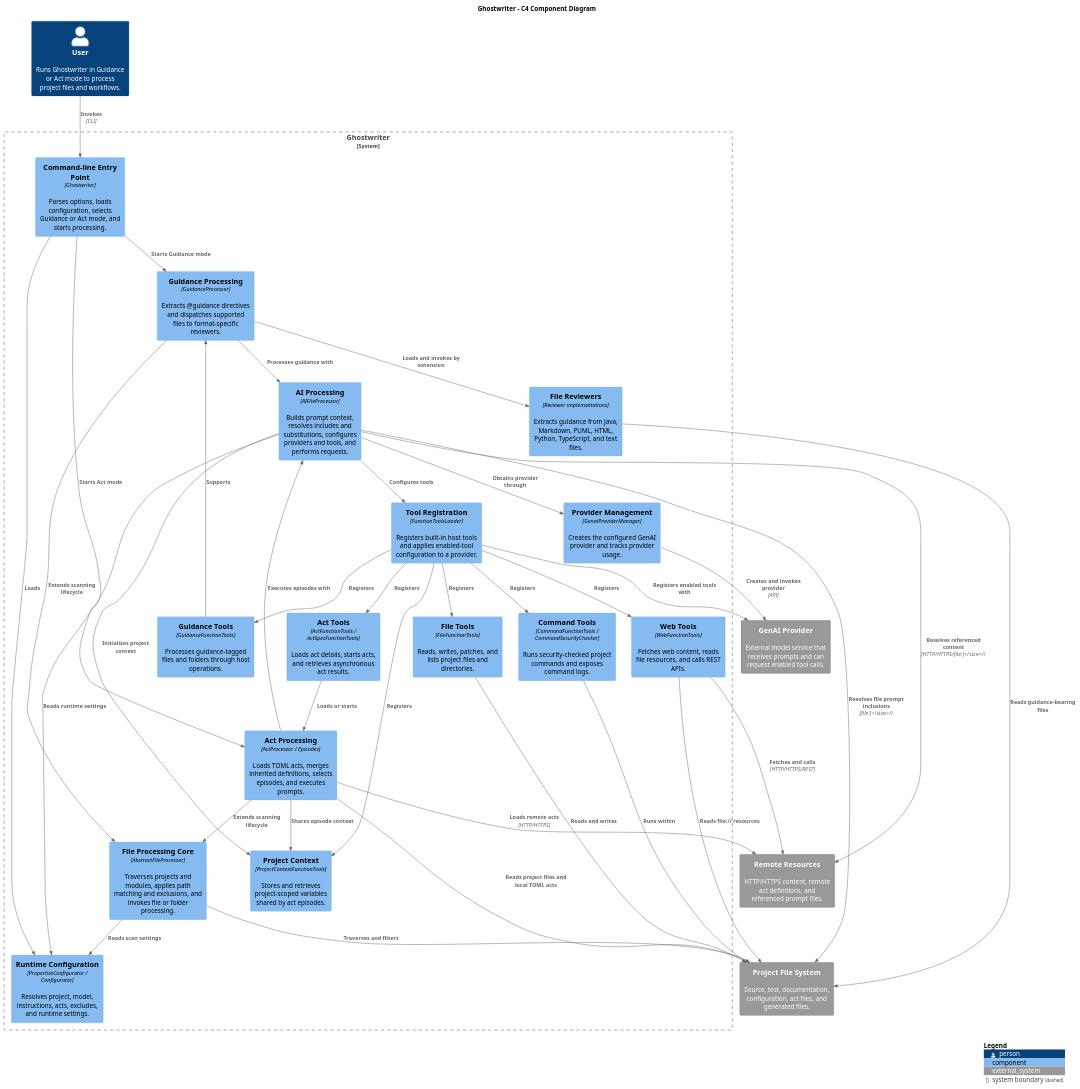
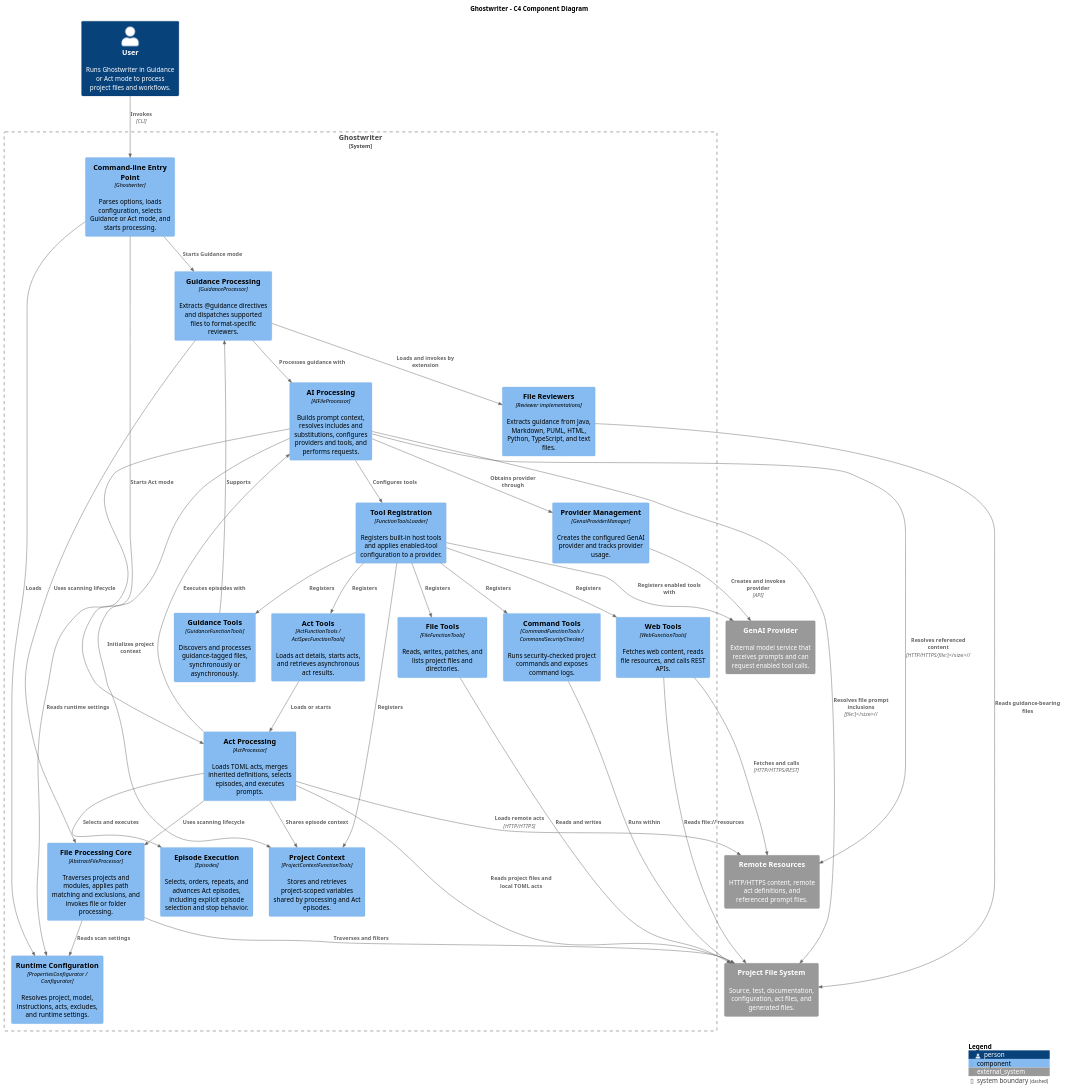
Before and after one commit to machanism-org/ghostwriter: the diagram in src/site/puml/c4-diagram.puml, drawn with PlantUML. The commit also changed 47 other files, not shown here.

```diff
--- a/src/site/puml/c4-diagram.puml
+++ b/src/site/puml/c4-diagram.puml
@@ -11,74 +11,76 @@
 @startuml
 !include https://raw.githubusercontent.com/plantuml-stdlib/C4-PlantUML/master/C4_Component.puml
 
 LAYOUT_TOP_DOWN()
 
 title Ghostwriter - C4 Component Diagram
 
 Person(user, "User", "Runs Ghostwriter in Guidance or Act mode to process project files and workflows.")
 System_Ext(projectFiles, "Project File System", "Source, test, documentation, configuration, act files, and generated files.")
 System_Ext(remoteResources, "Remote Resources", "HTTP/HTTPS content, remote act definitions, and referenced prompt files.")
 System_Ext(genaiProvider, "GenAI Provider", "External model service that receives prompts and can request enabled tool calls.")
 
 System_Boundary(ghostwriter, "Ghostwriter") {
   Component(cli, "Command-line Entry Point", "Ghostwriter", "Parses options, loads configuration, selects Guidance or Act mode, and starts processing.")
   Component(fileProcessor, "File Processing Core", "AbstractFileProcessor", "Traverses projects and modules, applies path matching and exclusions, and invokes file or folder processing.")
   Component(aiProcessor, "AI Processing", "AIFileProcessor", "Builds prompt context, resolves includes and substitutions, configures providers and tools, and performs requests.")
   Component(guidanceProcessor, "Guidance Processing", "GuidanceProcessor", "Extracts @guidance directives and dispatches supported files to format-specific reviewers.")
-  Component(actProcessor, "Act Processing", "ActProcessor / Episodes", "Loads TOML acts, merges inherited definitions, selects episodes, and executes prompts.")
+  Component(actProcessor, "Act Processing", "ActProcessor", "Loads TOML acts, merges inherited definitions, selects episodes, and executes prompts.")
+  Component(episodes, "Episode Execution", "Episodes", "Selects, orders, repeats, and advances Act episodes, including explicit episode selection and stop behavior.")
   Component(reviewers, "File Reviewers", "Reviewer implementations", "Extracts guidance from Java, Markdown, PUML, HTML, Python, TypeScript, and text files.")
 
   Component(fileTools, "File Tools", "FileFunctionTools", "Reads, writes, patches, and lists project files and directories.")
   Component(commandTools, "Command Tools", "CommandFunctionTools / CommandSecurityChecker", "Runs security-checked project commands and exposes command logs.")
   Component(webTools, "Web Tools", "WebFunctionTools", "Fetches web content, reads file resources, and calls REST APIs.")
   Component(actTools, "Act Tools", "ActFunctionTools / ActSpecFunctionTools", "Loads act details, starts acts, and retrieves asynchronous act results.")
-  Component(guidanceTools, "Guidance Tools", "GuidanceFunctionTools", "Processes guidance-tagged files and folders through host operations.")
-  Component(contextTools, "Project Context", "ProjectContextFunctionTools", "Stores and retrieves project-scoped variables shared by act episodes.")
+  Component(guidanceTools, "Guidance Tools", "GuidanceFunctionTools", "Discovers and processes guidance-tagged files, synchronously or asynchronously.")
+  Component(contextTools, "Project Context", "ProjectContextFunctionTools", "Stores and retrieves project-scoped variables shared by processing and Act episodes.")
 
   Component(providerManagement, "Provider Management", "GenaiProviderManager", "Creates the configured GenAI provider and tracks provider usage.")
   Component(toolLoading, "Tool Registration", "FunctionToolsLoader", "Registers built-in host tools and applies enabled-tool configuration to a provider.")
   Component(configuration, "Runtime Configuration", "PropertiesConfigurator / Configurator", "Resolves project, model, instructions, acts, excludes, and runtime settings.")
 }
 
 Rel(user, cli, "Invokes", "CLI")
 Rel(cli, configuration, "Loads")
 Rel(cli, guidanceProcessor, "Starts Guidance mode")
 Rel(cli, actProcessor, "Starts Act mode")
 
-Rel(guidanceProcessor, fileProcessor, "Extends scanning lifecycle")
-Rel(actProcessor, fileProcessor, "Extends scanning lifecycle")
+Rel(guidanceProcessor, fileProcessor, "Uses scanning lifecycle")
+Rel(actProcessor, fileProcessor, "Uses scanning lifecycle")
 Rel(guidanceProcessor, aiProcessor, "Processes guidance with")
 Rel(actProcessor, aiProcessor, "Executes episodes with")
+Rel(actProcessor, episodes, "Selects and executes")
 Rel(guidanceProcessor, reviewers, "Loads and invokes by extension")
 Rel(reviewers, projectFiles, "Reads guidance-bearing files")
 Rel(fileProcessor, projectFiles, "Traverses and filters")
 Rel(fileProcessor, configuration, "Reads scan settings")
 
 Rel(actProcessor, projectFiles, "Reads project files and local TOML acts")
 Rel(actProcessor, remoteResources, "Loads remote acts", "HTTP/HTTPS")
 Rel(actProcessor, contextTools, "Shares episode context")
 
 Rel(aiProcessor, configuration, "Reads runtime settings")
 Rel(aiProcessor, projectFiles, "Resolves file prompt inclusions", "file://")
 Rel(aiProcessor, remoteResources, "Resolves referenced content", "HTTP/HTTPS/file://")
 Rel(aiProcessor, providerManagement, "Obtains provider through")
 Rel(aiProcessor, toolLoading, "Configures tools")
 Rel(aiProcessor, contextTools, "Initializes project context")
 Rel(providerManagement, genaiProvider, "Creates and invokes provider", "API")
 Rel(toolLoading, genaiProvider, "Registers enabled tools with")
 
 Rel(toolLoading, fileTools, "Registers")
 Rel(toolLoading, commandTools, "Registers")
 Rel(toolLoading, webTools, "Registers")
 Rel(toolLoading, actTools, "Registers")
 Rel(toolLoading, guidanceTools, "Registers")
 Rel(toolLoading, contextTools, "Registers")
 Rel(fileTools, projectFiles, "Reads and writes")
 Rel(commandTools, projectFiles, "Runs within")
 Rel(webTools, remoteResources, "Fetches and calls", "HTTP/HTTPS/REST")
 Rel(webTools, projectFiles, "Reads file:// resources")
 Rel(actTools, actProcessor, "Loads or starts")
 Rel(guidanceTools, guidanceProcessor, "Supports")
 
 SHOW_LEGEND()
 @enduml
```
